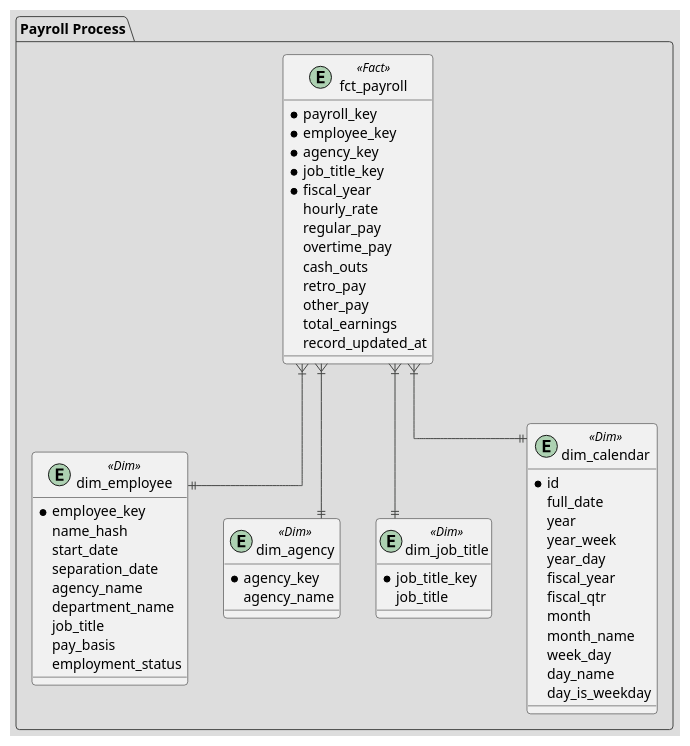
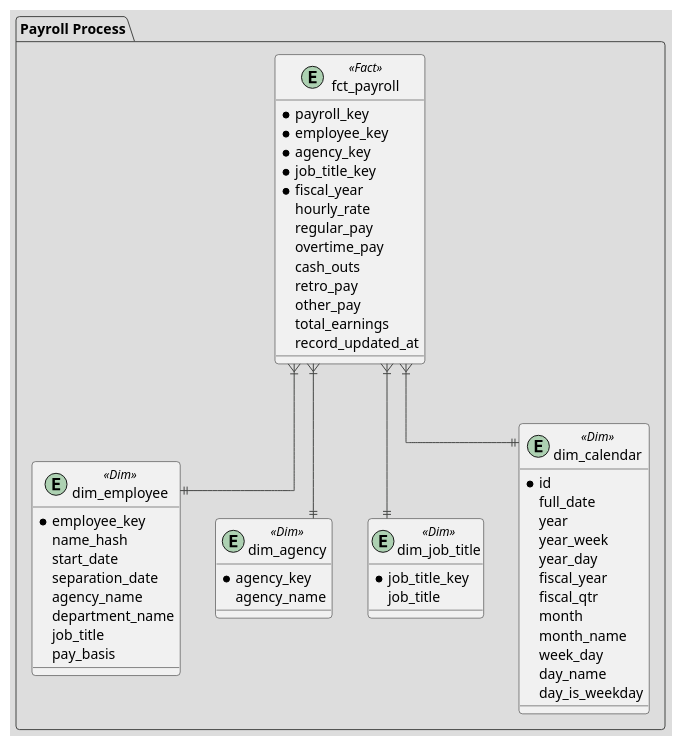
One commit to Kadiax/mta-payroll-nyc changed the diagram in documentation/diagrams/source_code/erd_mta_logical_model.puml. Above: the diagram before and after it, drawn with PlantUML. The commit also changed 10 other files, not shown here.

```diff
--- a/documentation/diagrams/source_code/erd_mta_logical_model.puml
+++ b/documentation/diagrams/source_code/erd_mta_logical_model.puml
@@ -1,62 +1,61 @@
 @startuml
 !theme toy
 skinparam linetype ortho
 
 ' --- STAR 1 : PAYROLL ---
 package "Payroll Process" {
     entity "fct_payroll" as FP <<Fact>> {
         * payroll_key 
         * employee_key 
         * agency_key 
         * job_title_key 
         * fiscal_year 
          hourly_rate 
          regular_pay 
          overtime_pay 
          cash_outs 
          retro_pay 
          other_pay 
          total_earnings 
          record_updated_at 
     }
     entity "dim_employee" as DE1 <<Dim>> {
         * employee_key 
          name_hash 
          start_date 
          separation_date 
          agency_name
          department_name 
          job_title
          pay_basis
-         employment_status
     }
     entity "dim_agency" as DA1 <<Dim>> {
         * agency_key 
          agency_name 
     }
     entity "dim_job_title" as DJT1 <<Dim>> {
         * job_title_key 
          job_title 
     }
     entity "dim_calendar" as DC1 <<Dim>> {
          * id  
          full_date 
          year 
          year_week 
          year_day 
          fiscal_year 
          fiscal_qtr 
          month 
          month_name 
          week_day 
          day_name 
          day_is_weekday
     }
     
     FP }|--|| DE1
     FP }|--|| DA1
     FP }|--|| DJT1
     FP }|--|| DC1
 }
 
 @enduml
```
